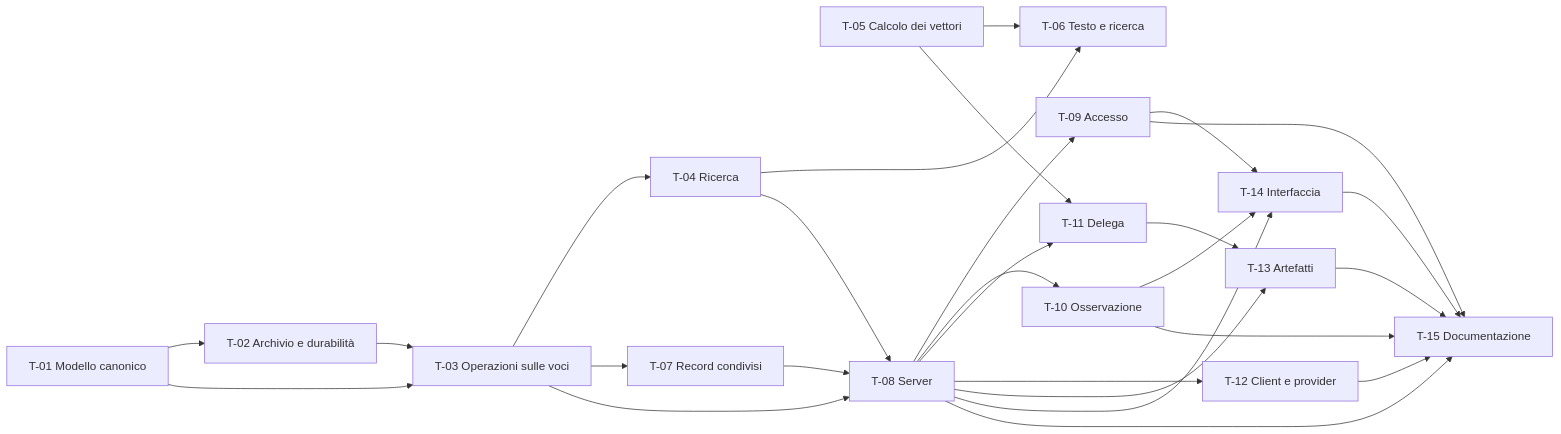
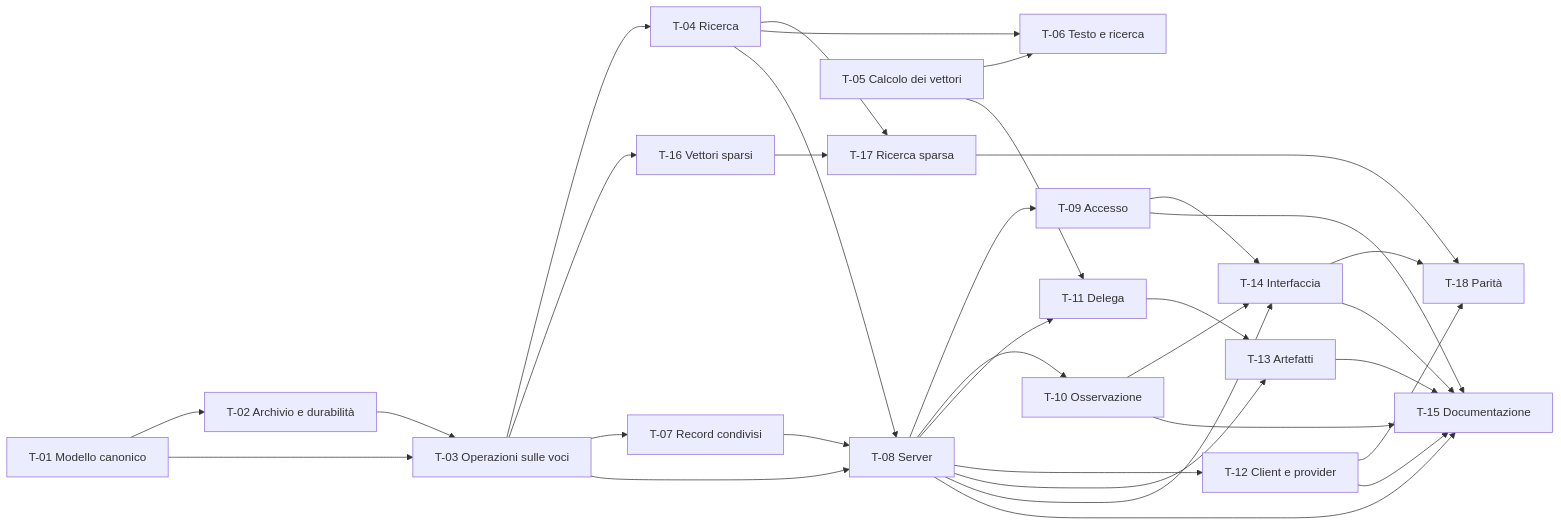
Diagram 51 of 54 in analisys/docs/analysis/diagrams.md (ppossanzini/Jigen), drawn with Mermaid before and after one commit. The commit also changed other lines of this file and 73 other files, not shown here.

````diff
--- a/analisys/docs/analysis/diagrams.md
+++ b/analisys/docs/analysis/diagrams.md
@@ -754,29 +873,35 @@
 ```mermaid
 flowchart LR
   T01["T-01 Modello canonico"] --> T02["T-02 Archivio e durabilità"]
   T01 --> T03["T-03 Operazioni sulle voci"]
   T02 --> T03
   T03 --> T04["T-04 Ricerca"]
+  T03 --> T16["T-16 Vettori sparsi"]
+  T16 --> T17["T-17 Ricerca sparsa"]
+  T04 --> T17
+  T17 --> T18["T-18 Parità"]
+  T12 --> T18
+  T14 --> T18
   T05["T-05 Calcolo dei vettori"] --> T06["T-06 Testo e ricerca"]
   T04 --> T06
   T03 --> T07["T-07 Record condivisi"]
   T03 --> T08["T-08 Server"]
   T04 --> T08
   T07 --> T08
   T08 --> T09["T-09 Accesso"]
   T08 --> T10["T-10 Osservazione"]
   T05 --> T11["T-11 Delega"]
   T08 --> T11
   T08 --> T12["T-12 Client e provider"]
   T08 --> T13["T-13 Artefatti"]
   T11 --> T13
   T08 --> T14["T-14 Interfaccia"]
   T09 --> T14
   T10 --> T14
   T08 --> T15["T-15 Documentazione"]
   T09 --> T15
   T10 --> T15
   T12 --> T15
   T13 --> T15
   T14 --> T15
 ```
````
